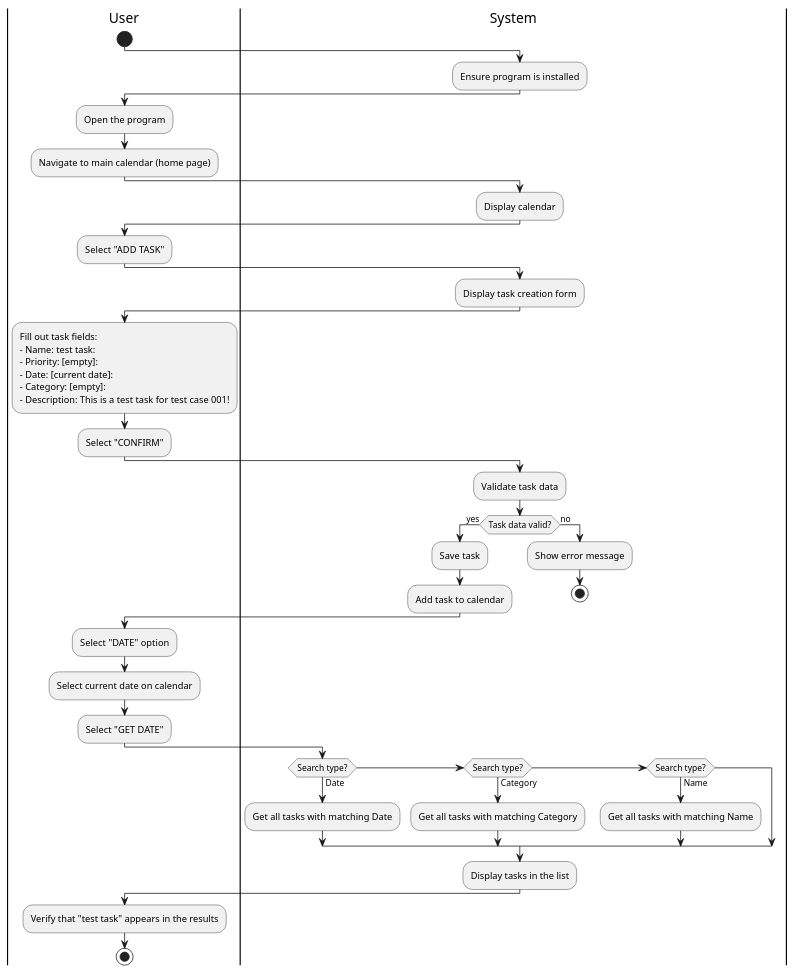
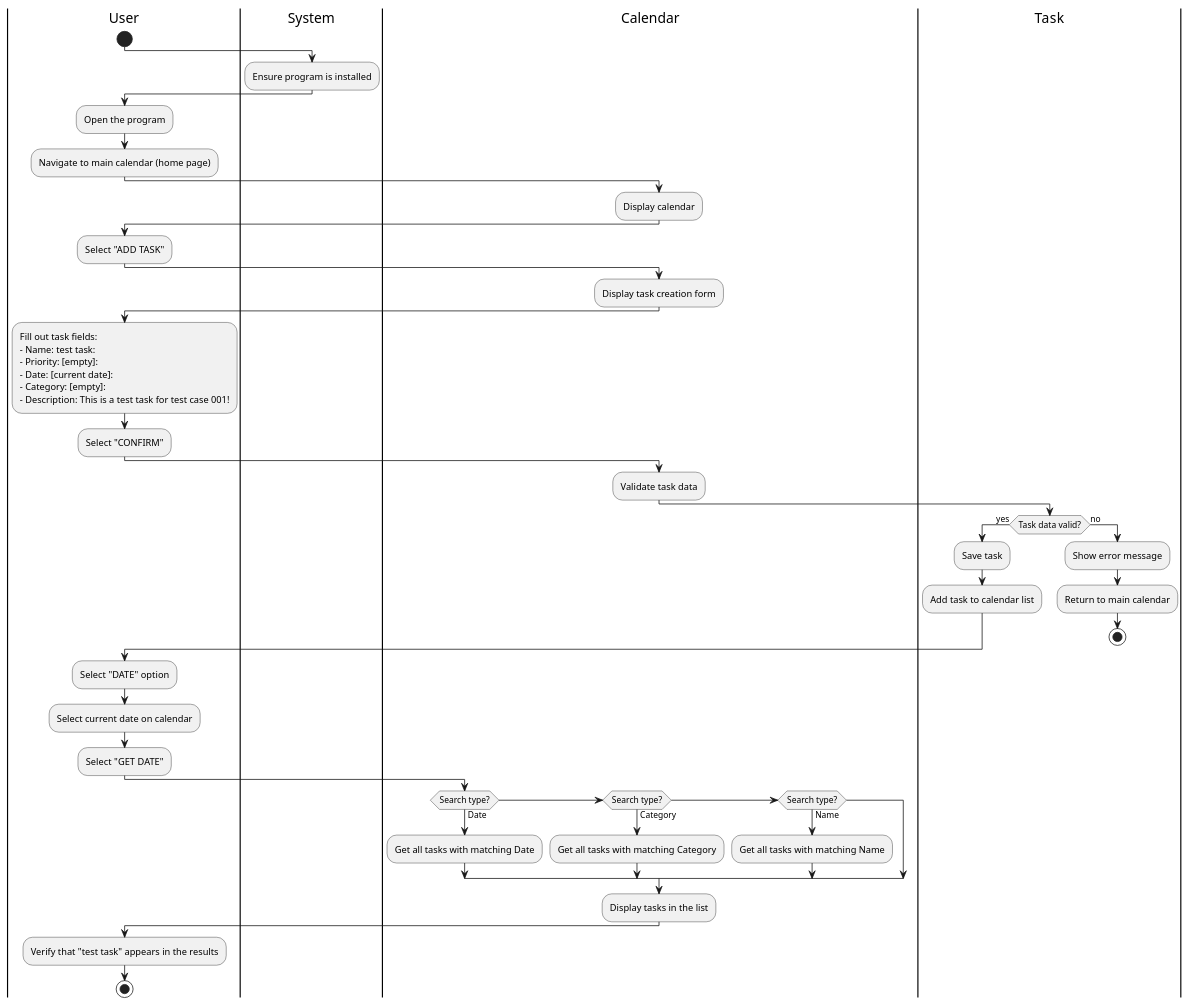
The diagram in assignment7/add_task.puml (CS361-2024Fall-Term/Innovators), drawn with PlantUML before and after one commit.

```diff
--- a/assignment7/add_task.puml
+++ b/assignment7/add_task.puml
@@ -1,61 +1,62 @@
 @startuml
 |User|
 start
 
 |System|
 :Ensure program is installed;
 
 |User|
 :Open the program;
 :Navigate to main calendar (home page);
 
-|System|
+|Calendar|
 :Display calendar;
 
 |User|
 :Select "ADD TASK";
 
-|System|
+|Calendar|
 :Display task creation form;
 
 |User|
 :Fill out task fields:
 - Name: test task:
 - Priority: [empty]:
 - Date: [current date]:
 - Category: [empty]:
 - Description: This is a test task for test case 001!;
 :Select "CONFIRM";
 
-|System|
+|Calendar|
 :Validate task data;
 
-|System|
+|Task|
 if (Task data valid?) then (yes)
   :Save task;
-  :Add task to calendar;
+  :Add task to calendar list;
 else (no)
   :Show error message;
+  :Return to main calendar;
   stop
 endif
 
 |User|
 :Select "DATE" option;
 :Select current date on calendar;
 :Select "GET DATE";
 
-|System|
+|Calendar|
 if (Search type?) then (Date)
   :Get all tasks with matching Date;
 elseif (Search type?) then (Category)
   :Get all tasks with matching Category;
 elseif (Search type?) then (Name)
   :Get all tasks with matching Name;
 endif
 :Display tasks in the list;
 
 |User|
 :Verify that "test task" appears in the results;
 stop
 
 @enduml
```
